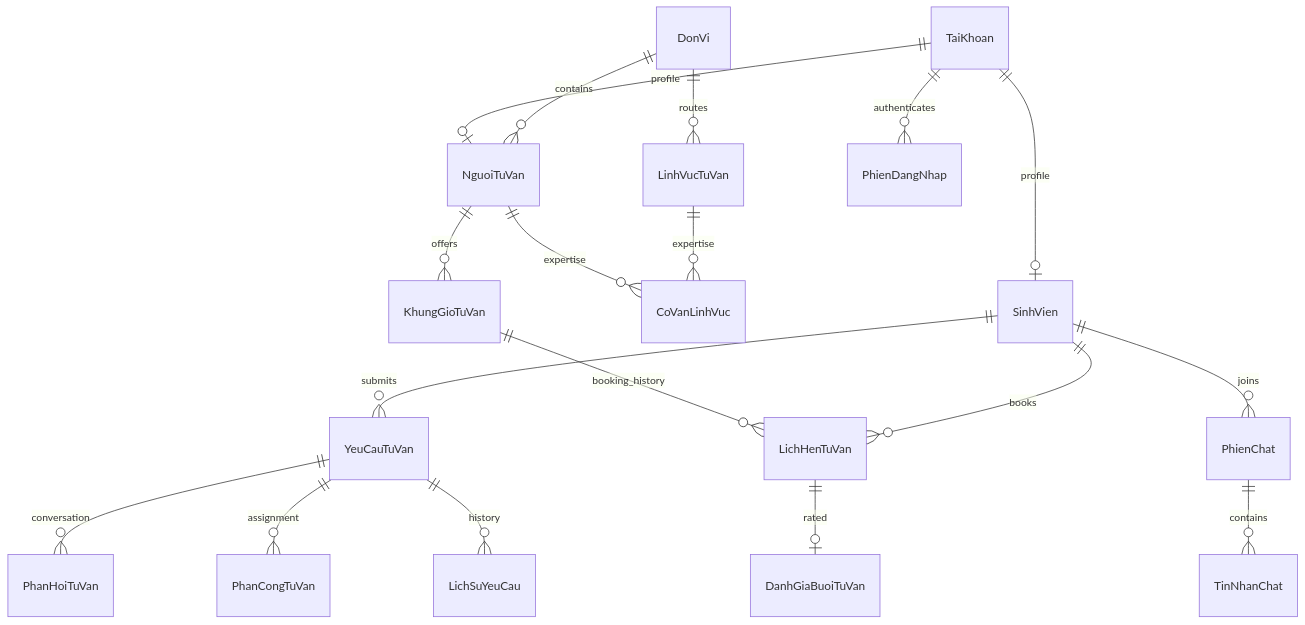
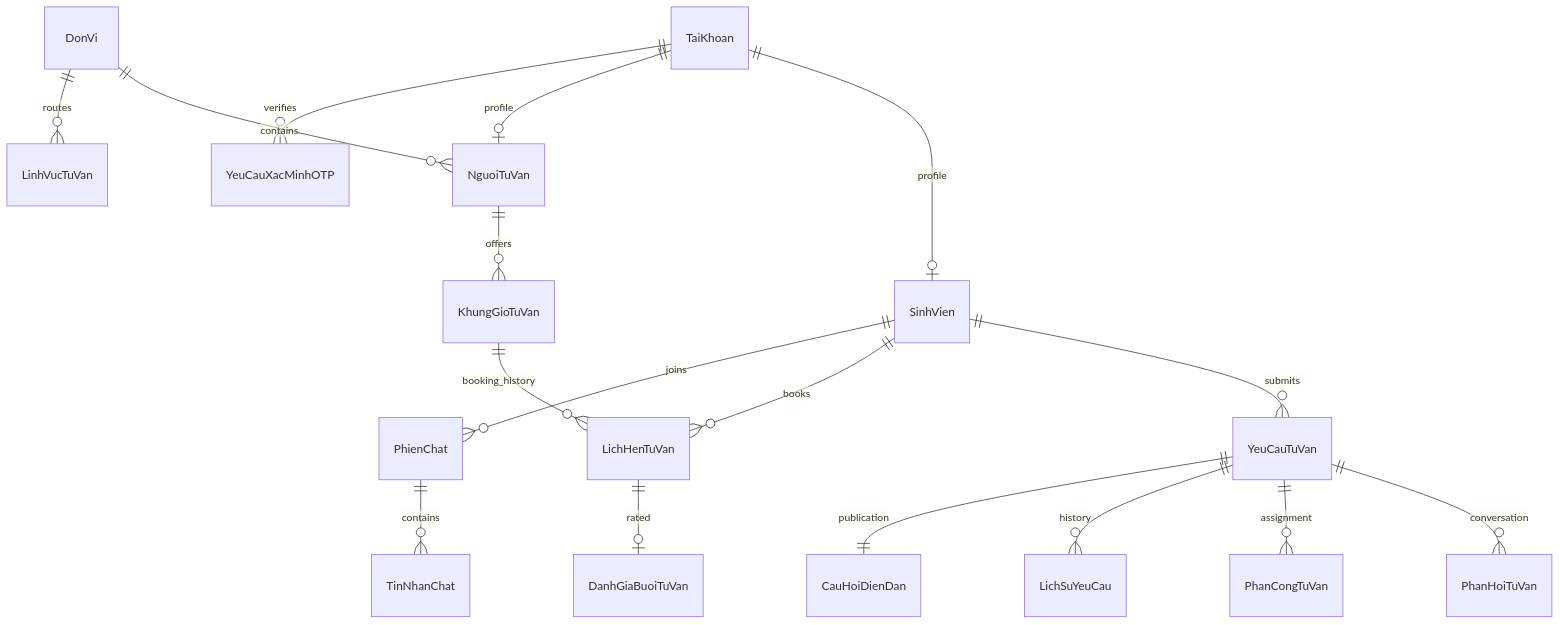
One commit to qkhanh1602/QAUte changed the diagram in PLAN_QAUTE.md. Above: the diagram before and after it, drawn with Mermaid. The commit also changed other lines of this file and 16 other files, not shown here.

````diff
--- a/PLAN_QAUTE.md
+++ b/PLAN_QAUTE.md
@@ -151,20 +152,19 @@
 ```mermaid
 erDiagram
     TaiKhoan ||--o| SinhVien : profile
     TaiKhoan ||--o| NguoiTuVan : profile
     DonVi ||--o{ NguoiTuVan : contains
     DonVi ||--o{ LinhVucTuVan : routes
-    NguoiTuVan ||--o{ CoVanLinhVuc : expertise
-    LinhVucTuVan ||--o{ CoVanLinhVuc : expertise
     SinhVien ||--o{ YeuCauTuVan : submits
     YeuCauTuVan ||--o{ PhanHoiTuVan : conversation
     YeuCauTuVan ||--o{ PhanCongTuVan : assignment
     YeuCauTuVan ||--o{ LichSuYeuCau : history
     NguoiTuVan ||--o{ KhungGioTuVan : offers
     KhungGioTuVan ||--o{ LichHenTuVan : booking_history
     SinhVien ||--o{ LichHenTuVan : books
     LichHenTuVan ||--o| DanhGiaBuoiTuVan : rated
     SinhVien ||--o{ PhienChat : joins
     PhienChat ||--o{ TinNhanChat : contains
-    TaiKhoan ||--o{ PhienDangNhap : authenticates
+    YeuCauTuVan ||--|| CauHoiDienDan : publication
+    TaiKhoan ||--o{ YeuCauXacMinhOTP : verifies
 ```
````
